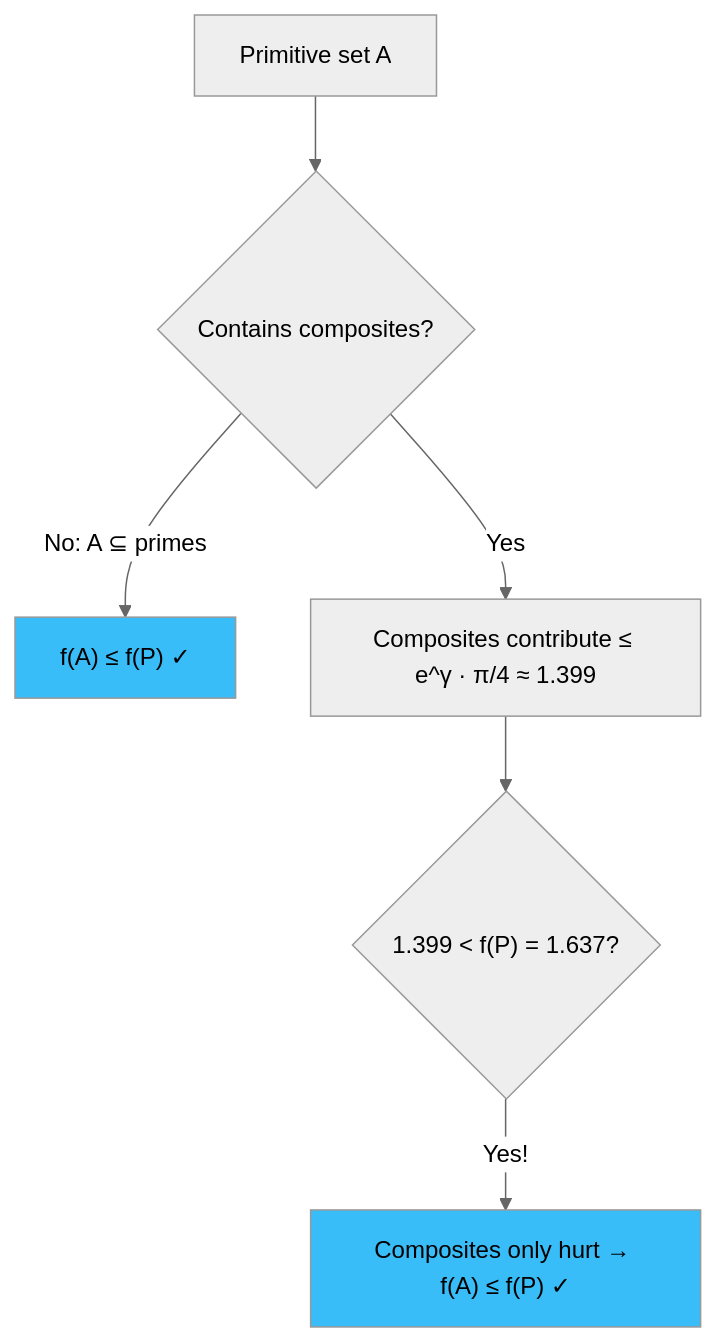
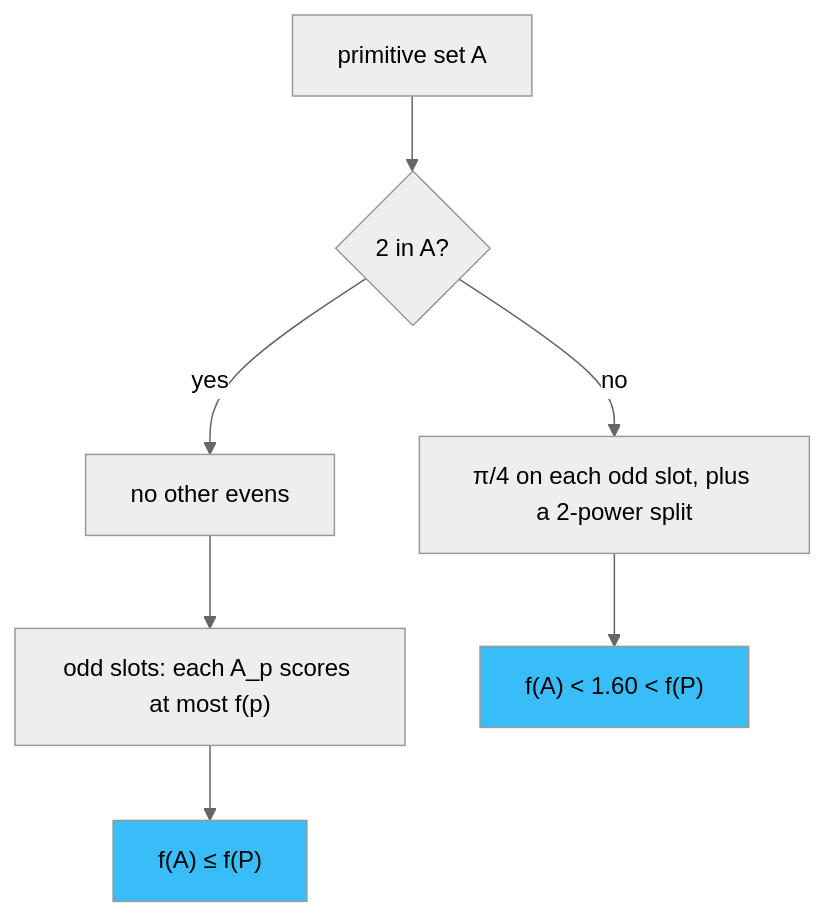
One commit to juleshenry/juleshenry.github.io changed the second of 2 diagrams in _posts/2025-06-08-Back-of-the-Envelope-Primitive-Sets.md. Above: the diagram before and after it, drawn with Mermaid (neutral theme). The commit also changed other lines of this file and 27 other files, not shown here.

````diff
--- a/_posts/2025-06-08-Back-of-the-Envelope-Primitive-Sets.md
+++ b/_posts/2025-06-08-Back-of-the-Envelope-Primitive-Sets.md
@@ -316,10 +622,11 @@
 ```mermaid
 graph TD
-    A["Primitive set A"] --> B{"Contains composites?"}
-    B -->|"No: A ⊆ primes"| C["f(A) ≤ f(P) ✓"]
-    B -->|"Yes"| D["Composites contribute ≤ e^γ · π/4 ≈ 1.399"]
-    D --> E{"1.399 < f(P) = 1.637?"}
-    E -->|"Yes!"| F["Composites only hurt → f(A) ≤ f(P) ✓"]
-    style C fill:#38bdf8,color:#000
-    style F fill:#38bdf8,color:#000
+    A["primitive set A"] --> B{"2 in A?"}
+    B -->|"yes"| C["no other evens"]
+    C --> D["odd slots: each A_p scores at most f(p)"]
+    D --> E["f(A) ≤ f(P)"]
+    B -->|"no"| F["π/4 on each odd slot, plus a 2-power split"]
+    F --> G["f(A) < 1.60 < f(P)"]
+    style E fill:#38bdf8,color:#000
+    style G fill:#38bdf8,color:#000
 ```
````
